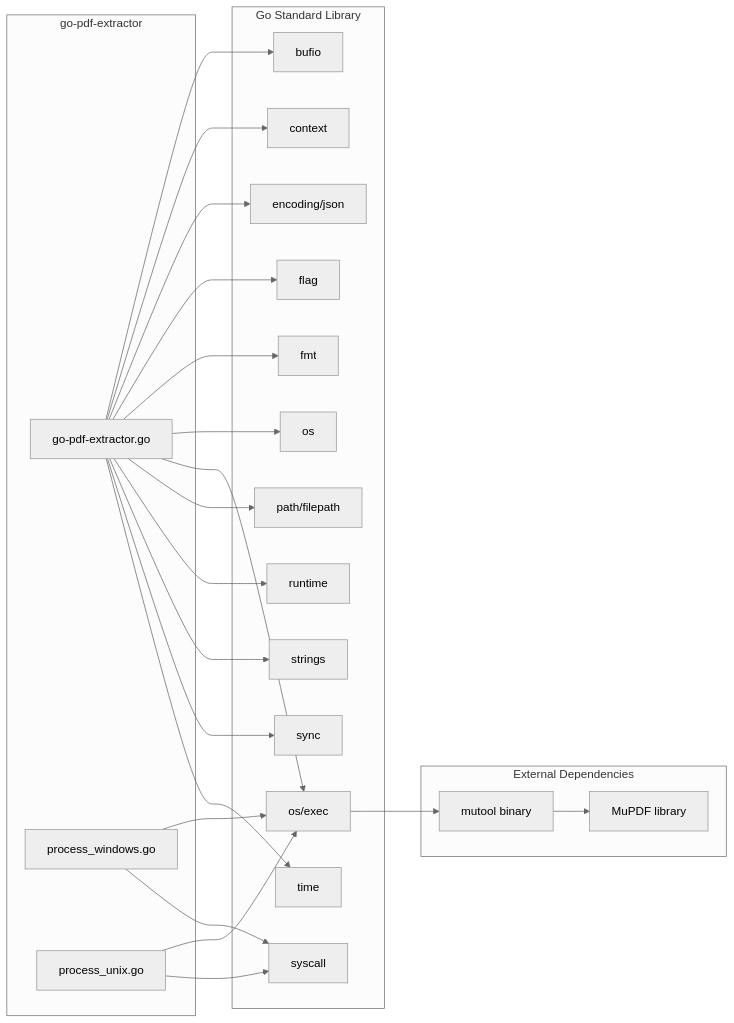
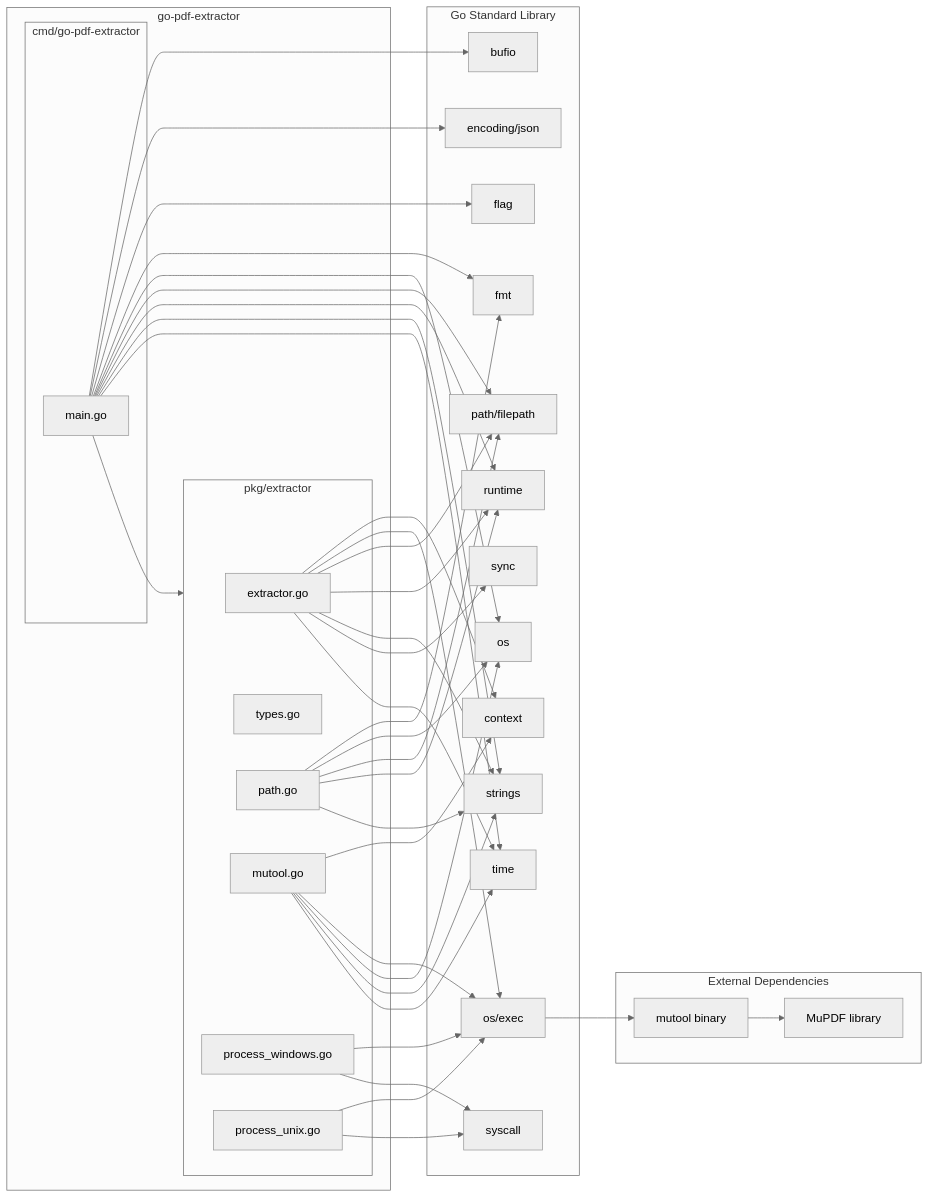
Before and after one commit to edsilegxrepo/pdf-extractor: the sixth of 6 diagrams in ARCHITECTURE.md, drawn with Mermaid (neutral theme). The commit also changed other lines of this file and 27 other files, not shown here.

First line of the commit message:
refactor: expose library API in pkg/extractor

````diff
--- a/ARCHITECTURE.md
+++ b/ARCHITECTURE.md
@@ -417,37 +417,47 @@
 ```mermaid
 flowchart LR
     subgraph Application["go-pdf-extractor"]
-        MAIN[go-pdf-extractor.go]
-        PROC_WIN[process_windows.go]
-        PROC_UNIX[process_unix.go]
+        subgraph cmd["cmd/go-pdf-extractor"]
+            MAIN[main.go]
+        end
+        subgraph pkg["pkg/extractor"]
+            EXTRACTOR[extractor.go]
+            TYPES[types.go]
+            PATH[path.go]
+            MUTOOL_GO[mutool.go]
+            PROC_WIN[process_windows.go]
+            PROC_UNIX[process_unix.go]
+        end
     end
 
     subgraph GoStdLib["Go Standard Library"]
         BUFIO[bufio]
         CONTEXT[context]
         JSON[encoding/json]
         FLAG[flag]
         FMT[fmt]
         OS[os]
         EXEC[os/exec]
         FILEPATH[path/filepath]
         RUNTIME[runtime]
         STRINGS[strings]
         SYNC[sync]
         SYSCALL[syscall]
         TIME[time]
     end
 
     subgraph External["External Dependencies"]
         MUTOOL[mutool binary]
         MUPDF[MuPDF library]
     end
 
-    MAIN --> BUFIO & CONTEXT & JSON & FLAG & FMT
-    MAIN --> OS & EXEC & FILEPATH & RUNTIME
-    MAIN --> STRINGS & SYNC & TIME
+    MAIN --> pkg
+    MAIN --> BUFIO & JSON & FLAG & FMT & OS & FILEPATH & RUNTIME & STRINGS & TIME
+    EXTRACTOR --> CONTEXT & EXEC & FILEPATH & RUNTIME & STRINGS & SYNC & TIME
+    PATH --> FMT & OS & FILEPATH & RUNTIME & STRINGS
+    MUTOOL_GO --> CONTEXT & EXEC & OS & STRINGS & TIME
     PROC_WIN --> EXEC & SYSCALL
     PROC_UNIX --> EXEC & SYSCALL
     EXEC --> MUTOOL
     MUTOOL --> MUPDF
 ```
````
